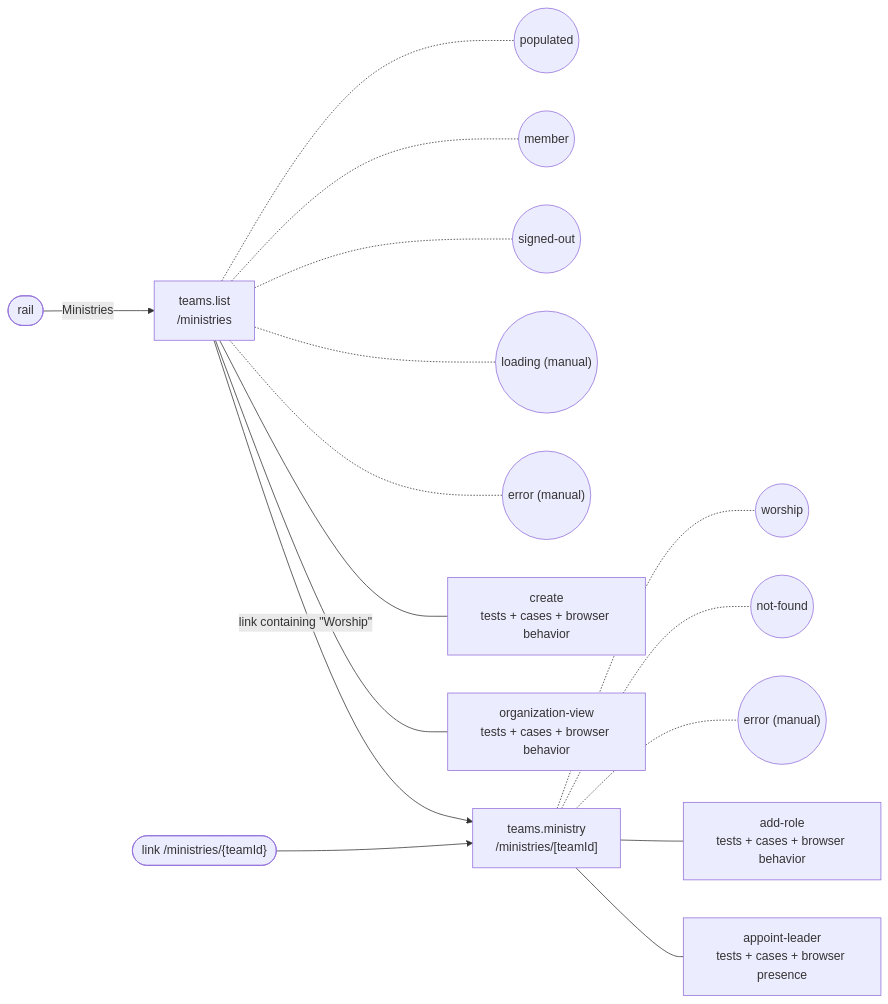
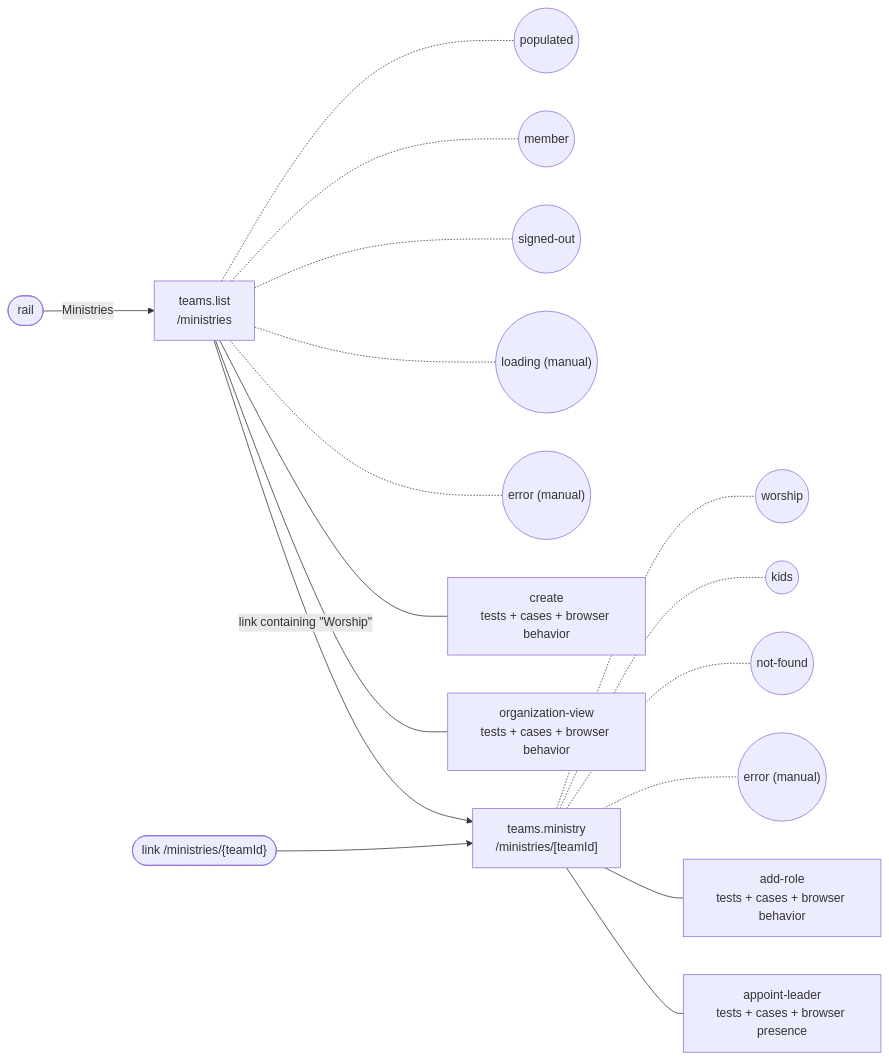
Before and after one commit to SebastianGarces/everyfield: the diagram in docs/feature-maps/teams.md, drawn with Mermaid. The commit also changed other lines of this file and 6 other files, not shown here.

````diff
--- a/docs/feature-maps/teams.md
+++ b/docs/feature-maps/teams.md
@@ -6,22 +6,23 @@
 ```mermaid
 flowchart LR
   rail(["rail"])
   s1_link1(["link /ministries/{teamId}"])
   s0["teams.list<br/>/ministries"]
   rail -- "Ministries" --> s0
   s0 -.- s0_st0(("populated"))
   s0 -.- s0_st1(("member"))
   s0 -.- s0_st2(("signed-out"))
   s0 -.- s0_st3(("loading (manual)"))
   s0 -.- s0_st4(("error (manual)"))
   s0 --- s0_b0["create<br/>tests + cases + browser behavior"]
   s0 --- s0_b1["organization-view<br/>tests + cases + browser behavior"]
   s1["teams.ministry<br/>/ministries/[teamId]"]
   s0 -- "link containing #quot;Worship#quot;" --> s1
   s1_link1 --> s1
   s1 -.- s1_st0(("worship"))
-  s1 -.- s1_st1(("not-found"))
-  s1 -.- s1_st2(("error (manual)"))
+  s1 -.- s1_st1(("kids"))
+  s1 -.- s1_st2(("not-found"))
+  s1 -.- s1_st3(("error (manual)"))
   s1 --- s1_b0["add-role<br/>tests + cases + browser behavior"]
   s1 --- s1_b1["appoint-leader<br/>tests + cases + browser presence"]
 ```
````
